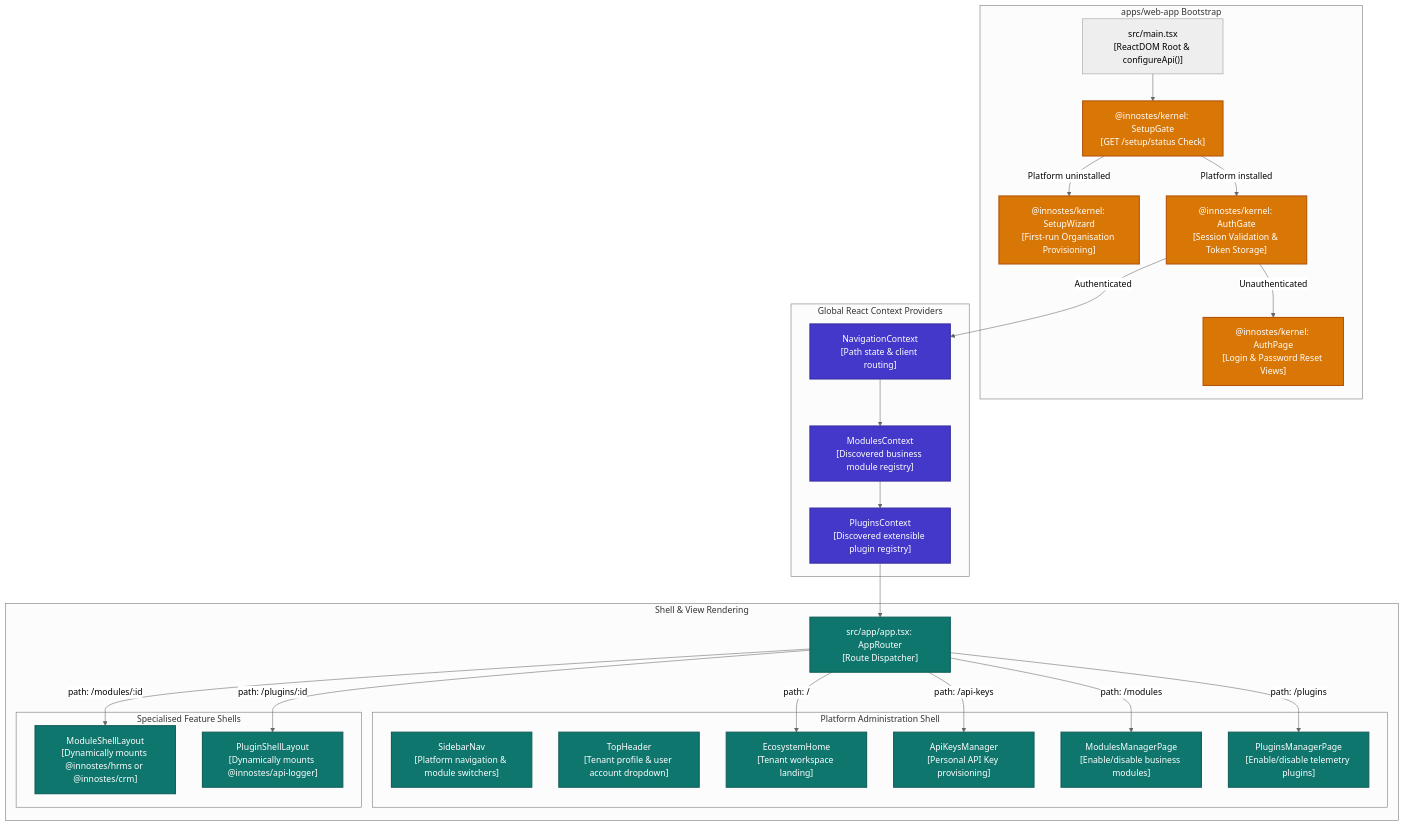
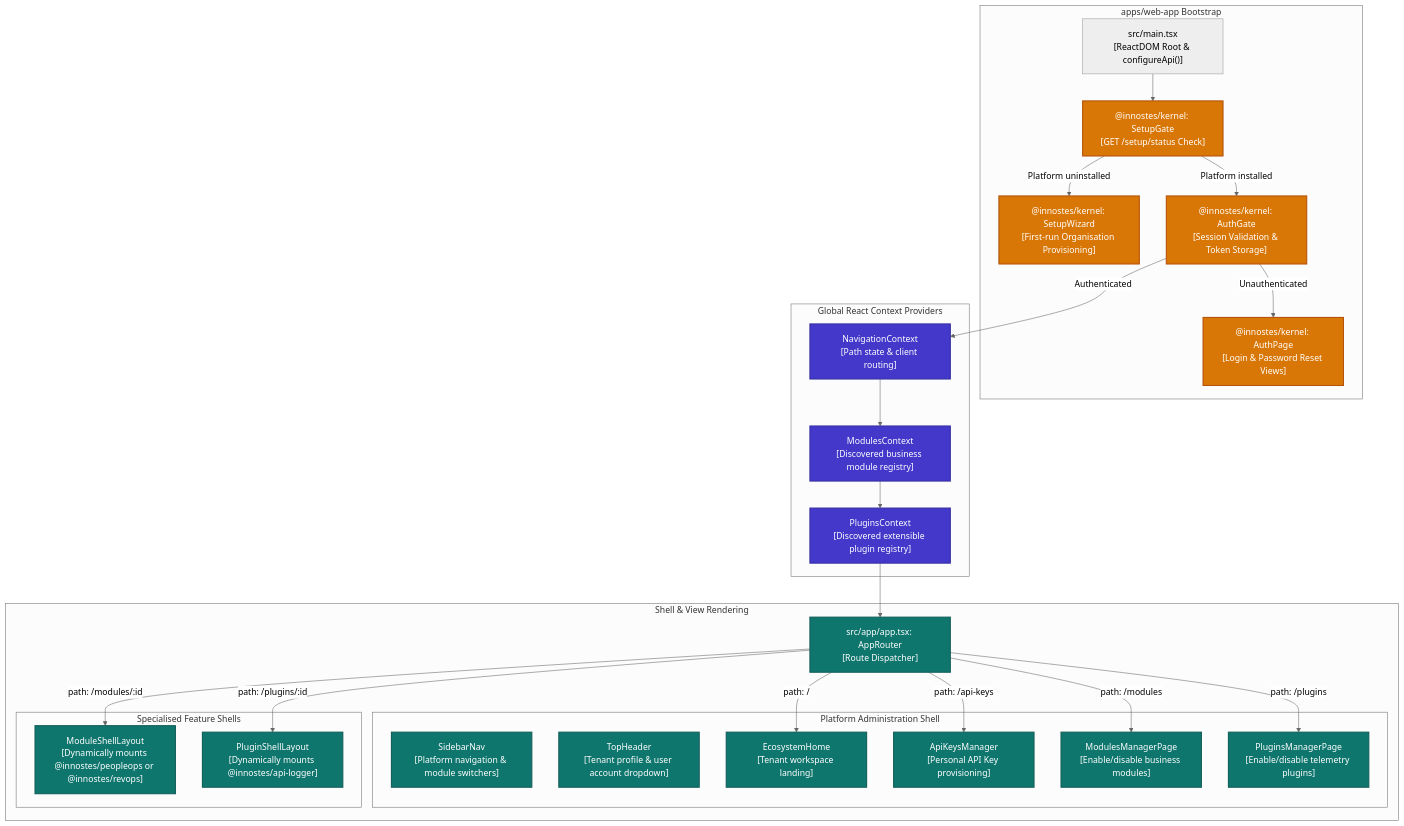
One commit to innostes-dev/erp changed the third of 4 diagrams in apps/landing/content/dev-docs/architecture/building-blocks.mdx. Above: the diagram before and after it, drawn with Mermaid (neutral theme). The commit also changed other lines of this file and 189 other files, not shown here.

Commit message:
feat(modules): adopt hybrid naming convention, implement 7 module dashboards, and remove legacy CRM/HRMS identifiers

````diff
--- a/apps/landing/content/dev-docs/architecture/building-blocks.mdx
+++ b/apps/landing/content/dev-docs/architecture/building-blocks.mdx
@@ -146,55 +146,55 @@
 ```mermaid
 flowchart TD
   subgraph WebAppBootstrap["apps/web-app Bootstrap"]
     MainEntry["src/main.tsx\n[ReactDOM Root & configureApi()]"]
     SetupGate["@innostes/kernel: SetupGate\n[GET /setup/status Check]"]
     SetupWizard["@innostes/kernel: SetupWizard\n[First-run Organisation Provisioning]"]
     AuthGate["@innostes/kernel: AuthGate\n[Session Validation & Token Storage]"]
     AuthPage["@innostes/kernel: AuthPage\n[Login & Password Reset Views]"]
   end
 
   subgraph ShellContexts["Global React Context Providers"]
     NavCtx["NavigationContext\n[Path state & client routing]"]
     ModCtx["ModulesContext\n[Discovered business module registry]"]
     PlugCtx["PluginsContext\n[Discovered extensible plugin registry]"]
   end
 
   subgraph ShellLayouts["Shell & View Rendering"]
     AppRouter["src/app/app.tsx: AppRouter\n[Route Dispatcher]"]
     
     subgraph CoreShell["Platform Administration Shell"]
       SidebarNav["SidebarNav\n[Platform navigation & module switchers]"]
       TopHeader["TopHeader\n[Tenant profile & user account dropdown]"]
       EcoHome["EcosystemHome\n[Tenant workspace landing]"]
       ApiKeysMgr["ApiKeysManager\n[Personal API Key provisioning]"]
       ModMgr["ModulesManagerPage\n[Enable/disable business modules]"]
       PlugMgr["PluginsManagerPage\n[Enable/disable telemetry plugins]"]
     end
 
     subgraph ModuleShells["Specialised Feature Shells"]
-      ModShellLayout["ModuleShellLayout\n[Dynamically mounts @innostes/hrms or @innostes/crm]"]
+      ModShellLayout["ModuleShellLayout\n[Dynamically mounts @innostes/peopleops or @innostes/revops]"]
       PlugShellLayout["PluginShellLayout\n[Dynamically mounts @innostes/api-logger]"]
     end
   end
 
   MainEntry --> SetupGate
   SetupGate -- "Platform uninstalled" --> SetupWizard
   SetupGate -- "Platform installed" --> AuthGate
   AuthGate -- "Unauthenticated" --> AuthPage
   AuthGate -- "Authenticated" --> NavCtx
   NavCtx --> ModCtx --> PlugCtx --> AppRouter
   AppRouter -- "path: /" --> EcoHome
   AppRouter -- "path: /modules" --> ModMgr
   AppRouter -- "path: /plugins" --> PlugMgr
   AppRouter -- "path: /api-keys" --> ApiKeysMgr
   AppRouter -- "path: /modules/:id" --> ModShellLayout
   AppRouter -- "path: /plugins/:id" --> PlugShellLayout
 
   classDef gate fill:#d97706,stroke:#b45309,stroke-width:2px,color:#ffffff;
   classDef ctx fill:#4338ca,stroke:#3730a3,stroke-width:2px,color:#ffffff;
   classDef view fill:#0f766e,stroke:#115e59,stroke-width:2px,color:#ffffff;
 
   class SetupGate,SetupWizard,AuthGate,AuthPage gate;
   class NavCtx,ModCtx,PlugCtx ctx;
   class AppRouter,SidebarNav,TopHeader,EcoHome,ApiKeysMgr,ModMgr,PlugMgr,ModShellLayout,PlugShellLayout view;
 ```
````
